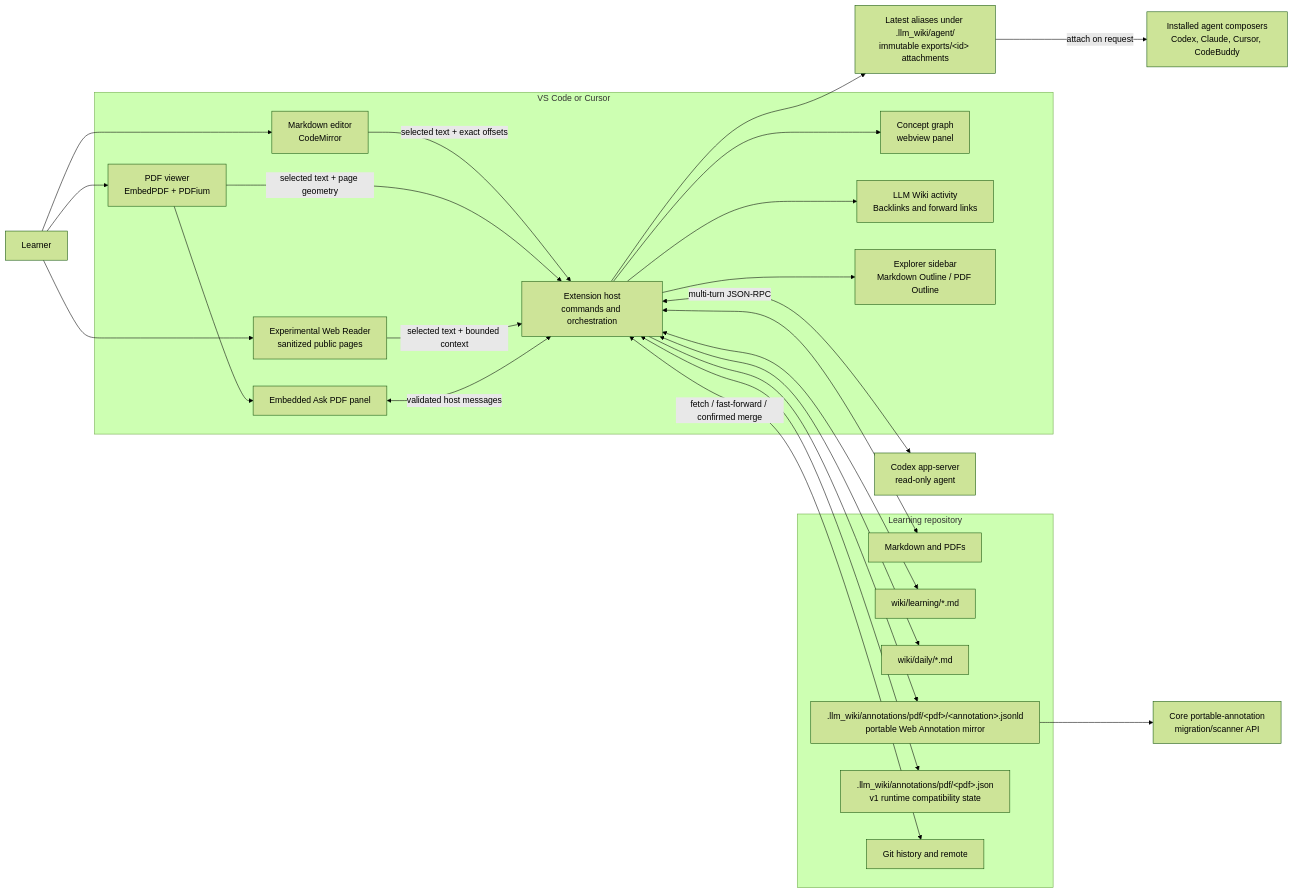
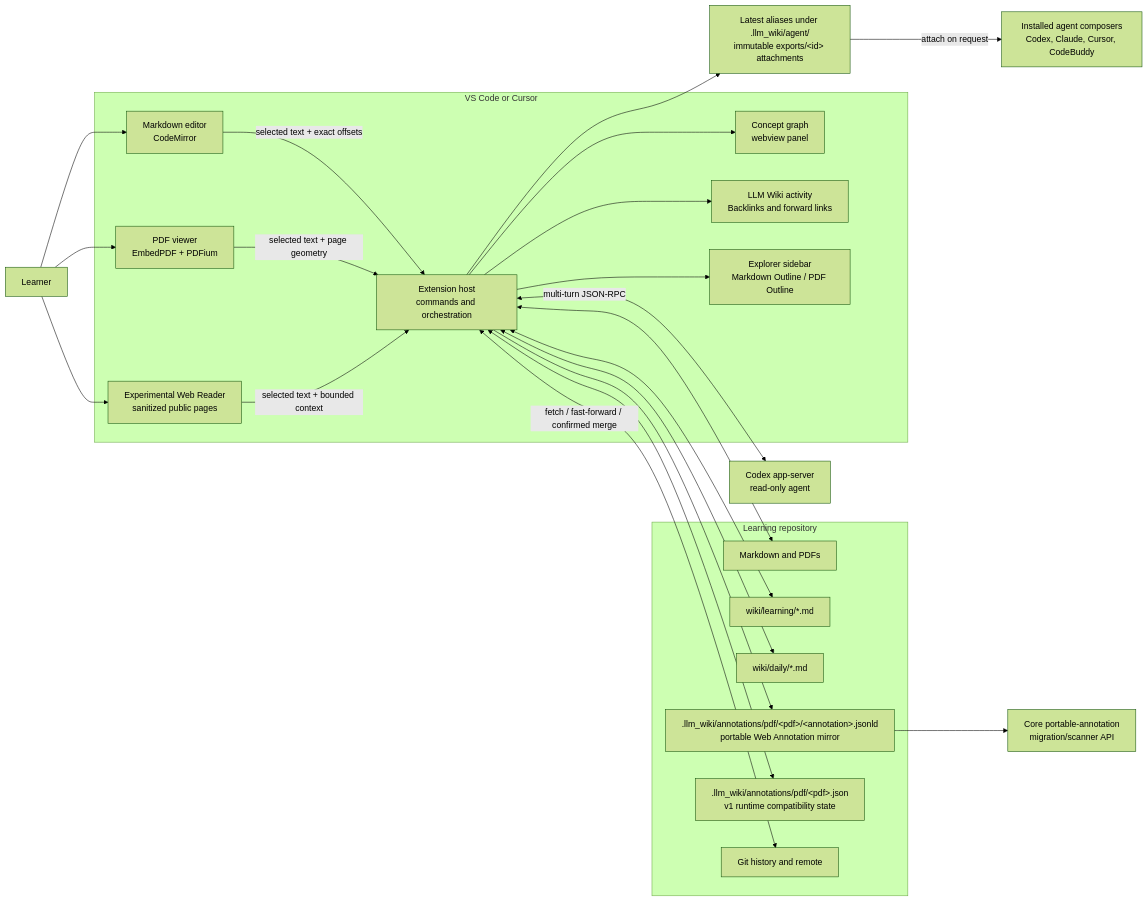
One commit to t04dJ14n9/vscode-llm-wiki changed the diagram in docs/architecture-and-vscode-integration.md. Above: the diagram before and after it, drawn with Mermaid (forest theme). The commit also changed other lines of this file and 70 other files, not shown here.

````diff
--- a/docs/architecture-and-vscode-integration.md
+++ b/docs/architecture-and-vscode-integration.md
@@ -53,51 +53,48 @@
 ```mermaid
 flowchart LR
     User["Learner"]
 
     subgraph Desktop["VS Code or Cursor"]
         Host["Extension host<br/>commands and orchestration"]
         MD["Markdown editor<br/>CodeMirror"]
         PDF["PDF viewer<br/>EmbedPDF + PDFium"]
-        AskPDF["Embedded Ask PDF panel"]
         Graph["Concept graph<br/>webview panel"]
         WebReader["Experimental Web Reader<br/>sanitized public pages"]
         Trees["LLM Wiki activity<br/>Backlinks and forward links"]
         Outline["Explorer sidebar<br/>Markdown Outline / PDF Outline"]
     end
 
     subgraph Repo["Learning repository"]
         Sources["Markdown and PDFs"]
         Notes["wiki/learning/*.md"]
         Daily["wiki/daily/*.md"]
         PdfMirror[".llm_wiki/annotations/pdf/&lt;pdf&gt;/&lt;annotation&gt;.jsonld<br/>portable Web Annotation mirror"]
         PdfRuntime[".llm_wiki/annotations/pdf/&lt;pdf&gt;.json<br/>v1 runtime compatibility state"]
         Git["Git history and remote"]
     end
 
     Codex["Codex app-server<br/>read-only agent"]
     Sidebars["Installed agent composers<br/>Codex, Claude, Cursor, CodeBuddy"]
     Handoff["Latest aliases under .llm_wiki/agent/<br/>immutable exports/&lt;id&gt; attachments"]
     PortableApi["Core portable-annotation<br/>migration/scanner API"]
 
     User --> MD
     User --> PDF
     User --> WebReader
     MD -->|"selected text + exact offsets"| Host
     PDF -->|"selected text + page geometry"| Host
     WebReader -->|"selected text + bounded context"| Host
-    PDF --> AskPDF
-    AskPDF <-->|"validated host messages"| Host
     Host <-->|"multi-turn JSON-RPC"| Codex
     Host --> Handoff
     Handoff -->|"attach on request"| Sidebars
     Host <--> Sources
     Host <--> Notes
     Host <--> Daily
     Host --> PdfMirror
     Host <--> PdfRuntime
     PdfMirror --> PortableApi
     Host --> Graph
     Host --> Trees
     Host --> Outline
     Host <-->|"fetch / fast-forward / confirmed merge"| Git
 ```
````
